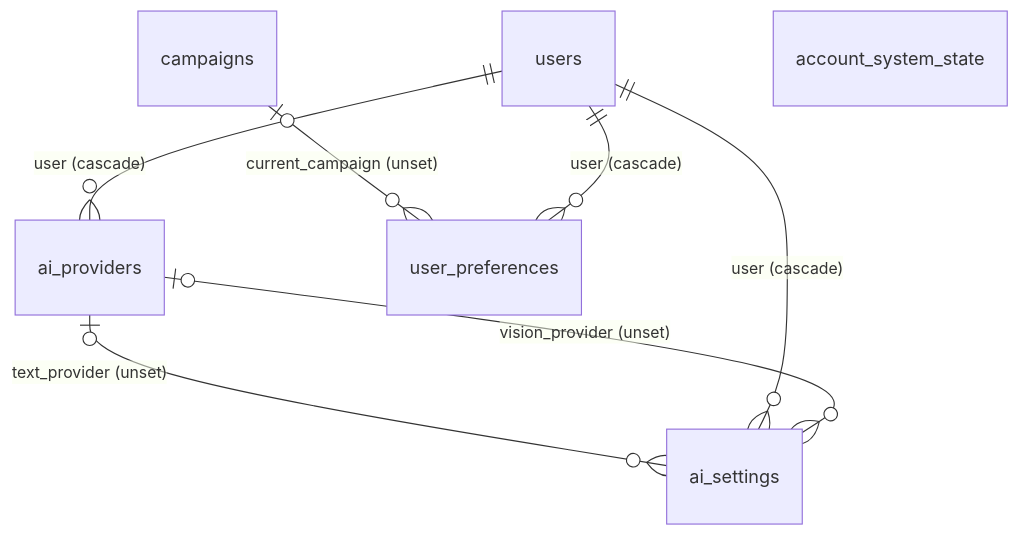
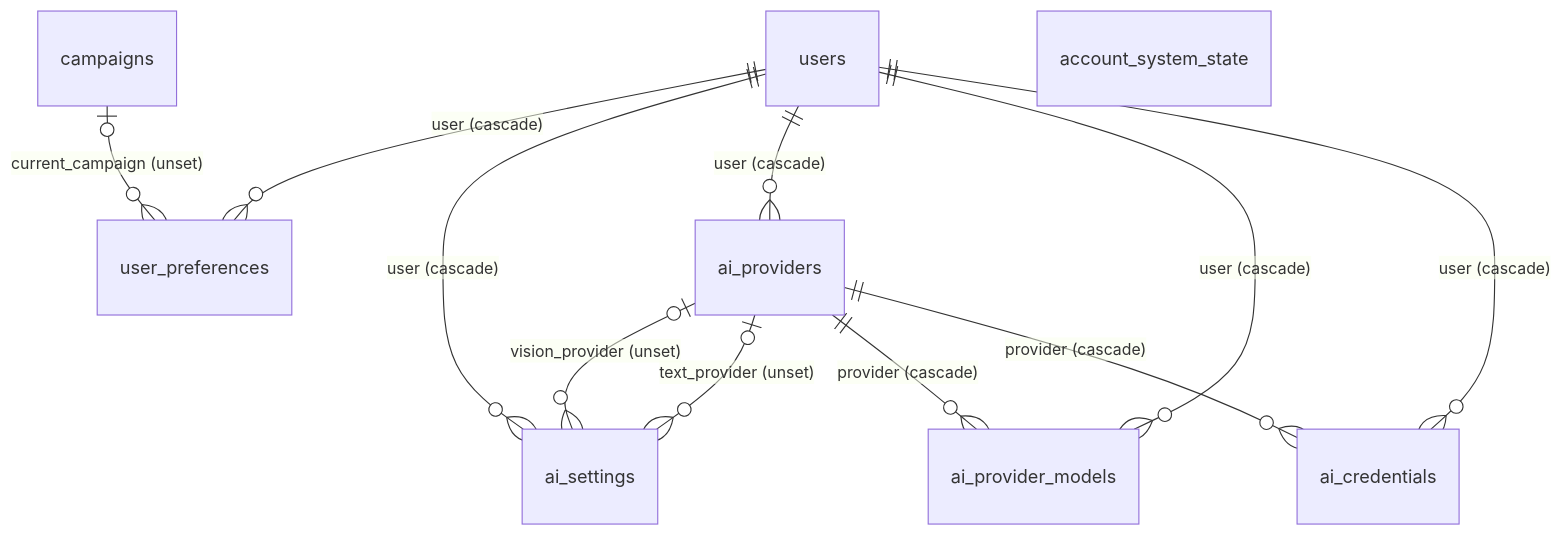
Before and after one commit to keyurgolani/rounds: the first of 8 diagrams in docs/decisions/DR-0004-erd.md, drawn with Mermaid. The commit also changed other lines of this file and 2 other files, not shown here.

First line of the commit message:
chore(db): regenerated the schema snapshot and the ERD for the AI key stores

````diff
--- a/docs/decisions/DR-0004-erd.md
+++ b/docs/decisions/DR-0004-erd.md
@@ -15,10 +15,14 @@
 ```mermaid
 erDiagram
+  ai_providers ||--o{ ai_credentials : "provider (cascade)"
+  users ||--o{ ai_credentials : "user (cascade)"
+  ai_providers ||--o{ ai_provider_models : "provider (cascade)"
+  users ||--o{ ai_provider_models : "user (cascade)"
   users ||--o{ ai_providers : "user (cascade)"
   ai_providers |o--o{ ai_settings : "text_provider (unset)"
   users ||--o{ ai_settings : "user (cascade)"
   ai_providers |o--o{ ai_settings : "vision_provider (unset)"
   campaigns |o--o{ user_preferences : "current_campaign (unset)"
   users ||--o{ user_preferences : "user (cascade)"
   account_system_state
 ```
````
